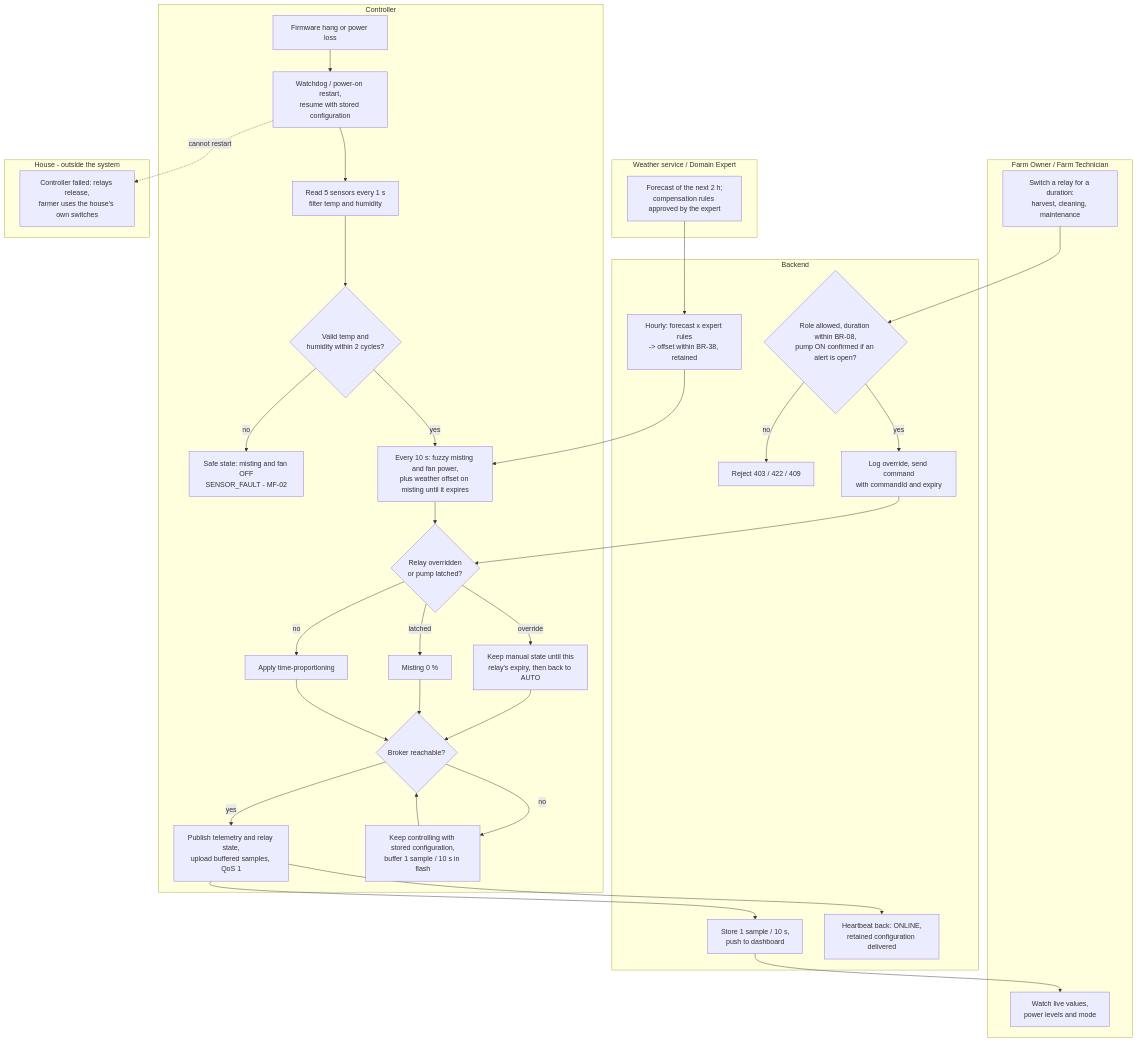
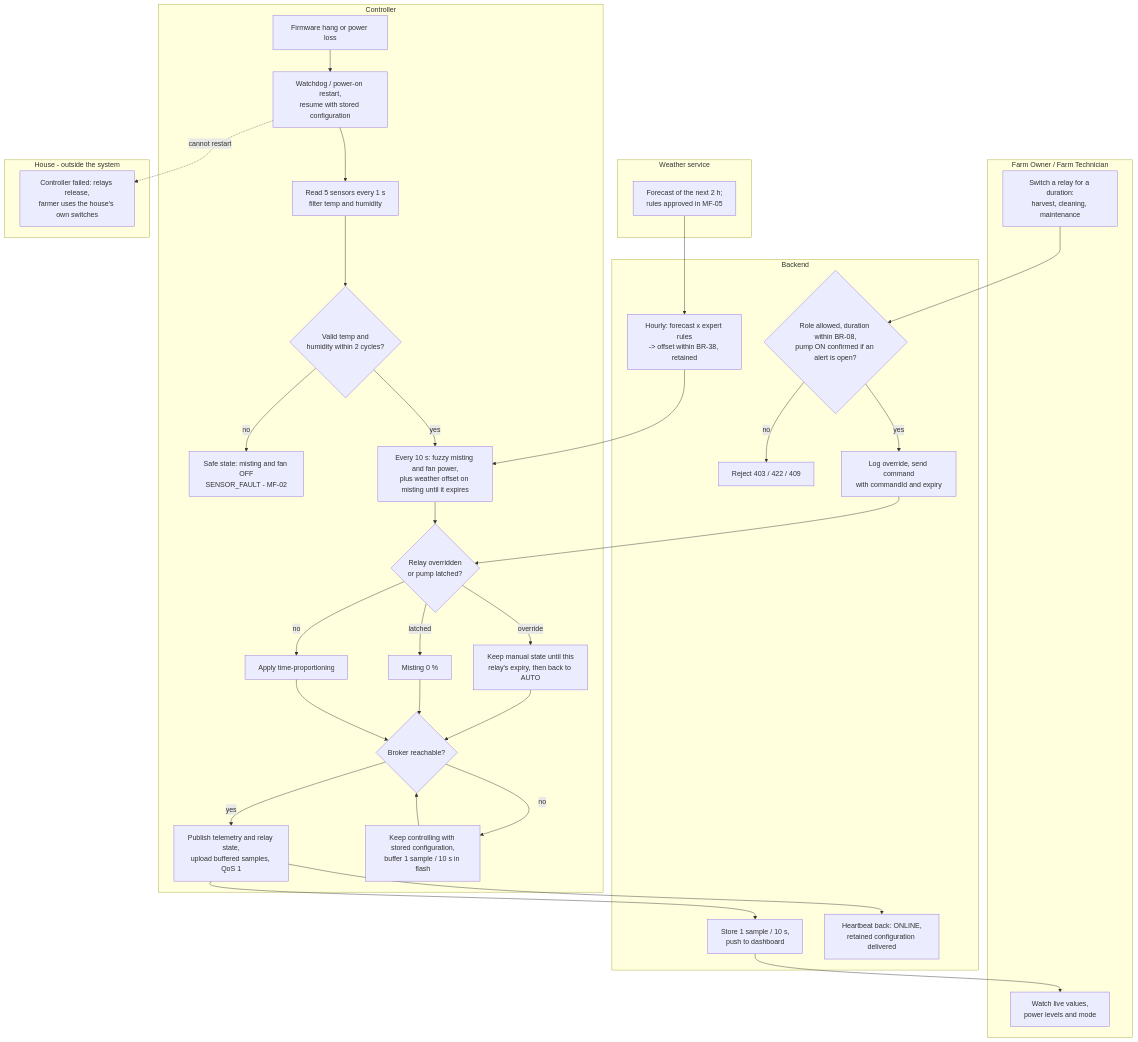
Diagram 28 of 40 in docs/reports/report4-sdd.md (NBao261/SwiftletCare_KLTN), drawn with Mermaid before and after one commit. The commit also changed other lines of this file and 15 other files, not shown here.

First line of the commit message:
docs(srs): eight main flows, each in the title and acted on by its actors

````diff
--- a/docs/reports/report4-sdd.md
+++ b/docs/reports/report4-sdd.md
@@ -1337,41 +1338,41 @@
 ```mermaid
 flowchart TB
   subgraph C[Controller]
     A1[Read 5 sensors every 1 s<br/>filter temp and humidity] --> A2{Valid temp and<br/>humidity within 2 cycles?}
     A2 -- no --> A3[Safe state: misting and fan OFF<br/>SENSOR_FAULT - MF-02]
     A2 -- yes --> A4[Every 10 s: fuzzy misting and fan power,<br/>plus weather offset on misting until it expires]
     A4 --> A5{Relay overridden<br/>or pump latched?}
     A5 -- override --> A6[Keep manual state until this<br/>relay's expiry, then back to AUTO]
     A5 -- latched --> A7[Misting 0 %]
     A5 -- no --> A8[Apply time-proportioning]
     A6 & A7 & A8 --> A9{Broker reachable?}
     A9 -- yes --> A10[Publish telemetry and relay state,<br/>upload buffered samples, QoS 1]
     A9 -- no --> A11[Keep controlling with stored configuration,<br/>buffer 1 sample / 10 s in flash]
     A12[Firmware hang or power loss] --> A13[Watchdog / power-on restart,<br/>resume with stored configuration]
   end
   subgraph B[Backend]
     B1[Store 1 sample / 10 s,<br/>push to dashboard]
     B2{Role allowed, duration within BR-08,<br/>pump ON confirmed if an alert is open?} -- no --> B3[Reject 403 / 422 / 409]
     B2 -- yes --> B4[Log override, send command<br/>with commandId and expiry]
     B5[Heartbeat back: ONLINE,<br/>retained configuration delivered]
     B6[Hourly: forecast x expert rules<br/>-> offset within BR-38, retained]
   end
-  subgraph W[Weather service / Domain Expert]
-    W1[Forecast of the next 2 h;<br/>compensation rules approved by the expert]
+  subgraph W[Weather service]
+    W1[Forecast of the next 2 h;<br/>rules approved in MF-05]
   end
   subgraph O[Farm Owner / Farm Technician]
     O1[Watch live values,<br/>power levels and mode]
     O2[Switch a relay for a duration:<br/>harvest, cleaning, maintenance]
   end
   subgraph H[House - outside the system]
     H1[Controller failed: relays release,<br/>farmer uses the house's own switches]
   end
   A10 --> B1 --> O1
   A10 --> B5
   A11 --> A9
   A13 --> A1
   O2 --> B2
   B4 --> A5
   W1 --> B6 --> A4
   A13 -. cannot restart .-> H1
 ```
````
